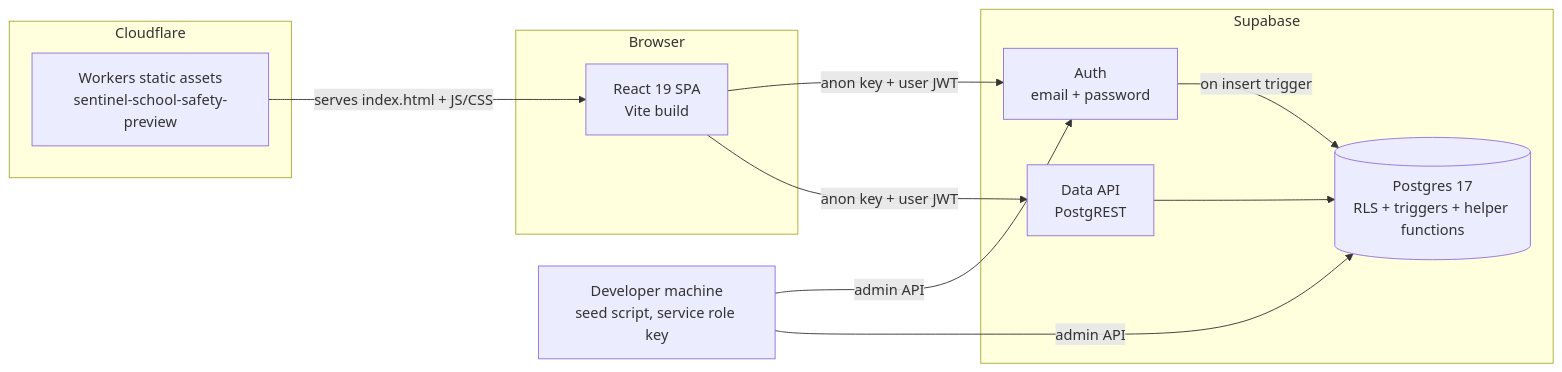
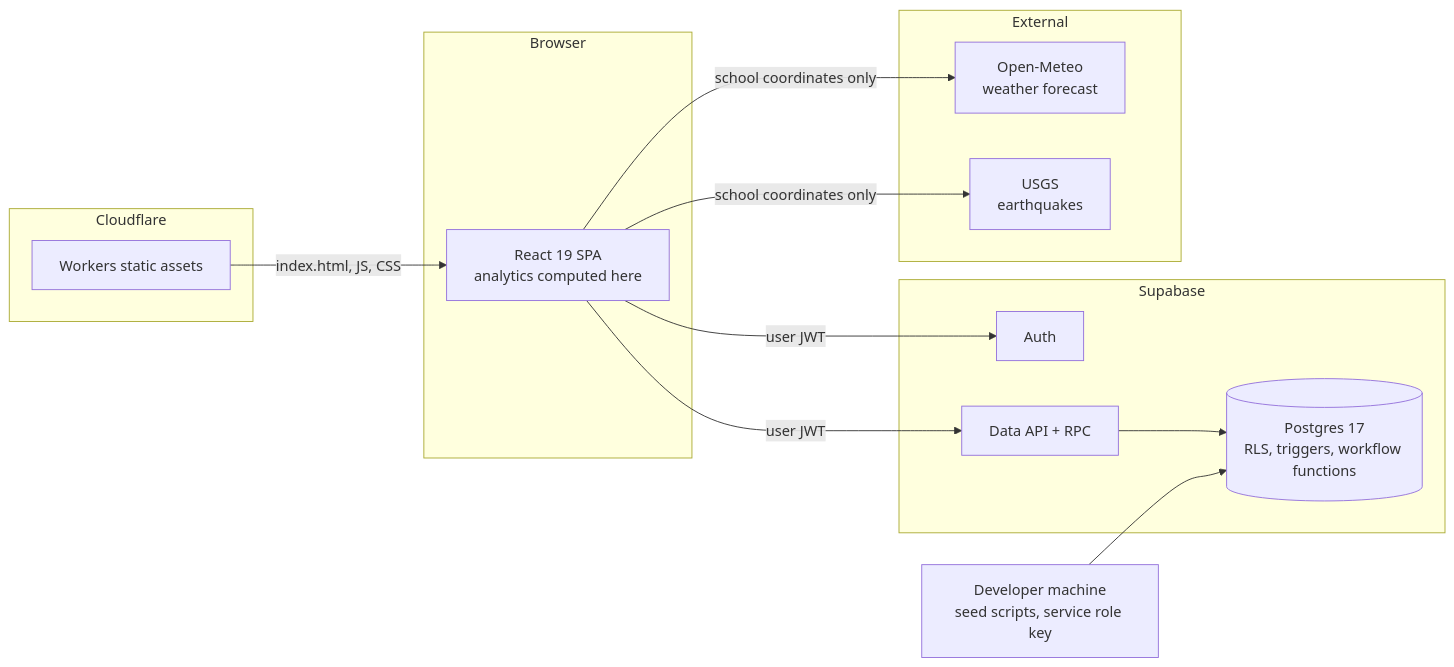
Before and after one commit to cshs-sentinel/home: the diagram in docs/system-design.md, drawn with Mermaid. The commit also changed other lines of this file and 21 other files, not shown here.

First line of the commit message:
feat: add button-only reporting, role-based analytics, and external hazard data

````diff
--- a/docs/system-design.md
+++ b/docs/system-design.md
@@ -18,21 +24,24 @@
 ```mermaid
 flowchart LR
   subgraph Browser
-    SPA[React 19 SPA<br/>Vite build]
+    SPA[React 19 SPA<br/>analytics computed here]
   end
   subgraph Cloudflare
-    W[Workers static assets<br/>sentinel-school-safety-preview]
+    W[Workers static assets]
   end
   subgraph Supabase
-    AUTH[Auth<br/>email + password]
-    API[Data API<br/>PostgREST]
-    DB[(Postgres 17<br/>RLS + triggers + helper functions)]
+    AUTH[Auth]
+    API[Data API + RPC]
+    DB[(Postgres 17<br/>RLS, triggers, workflow functions)]
   end
-  Dev[Developer machine<br/>seed script, service role key] -->|admin API| AUTH
-  Dev -->|admin API| DB
-  W -->|serves index.html + JS/CSS| SPA
-  SPA -->|anon key + user JWT| AUTH
-  SPA -->|anon key + user JWT| API
-  API --> DB
-  AUTH -->|on insert trigger| DB
+  subgraph External
+    OM[Open-Meteo<br/>weather forecast]
+    USGS[USGS<br/>earthquakes]
+  end
+  W -->|index.html, JS, CSS| SPA
+  SPA -->|user JWT| AUTH
+  SPA -->|user JWT| API --> DB
+  SPA -->|school coordinates only| OM
+  SPA -->|school coordinates only| USGS
+  Dev[Developer machine<br/>seed scripts, service role key] --> DB
 ```
````
